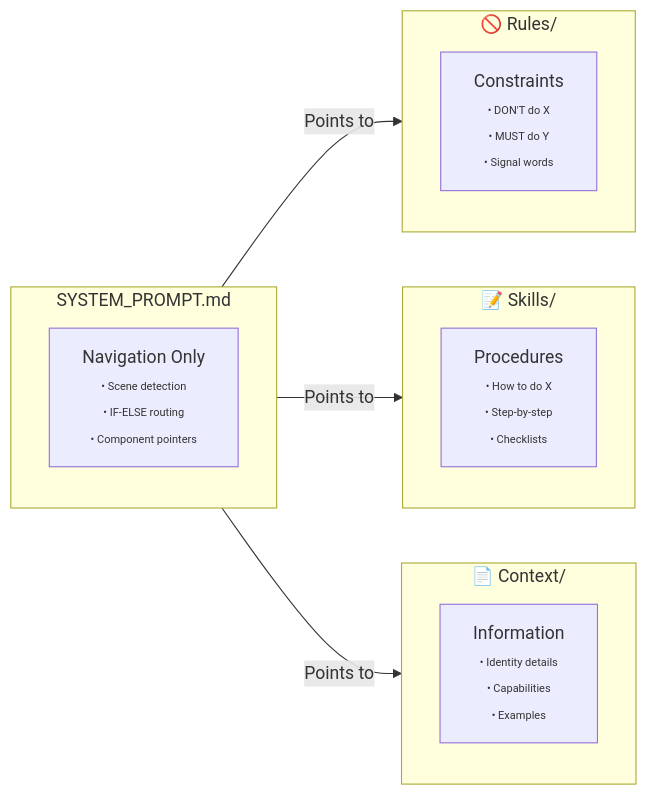
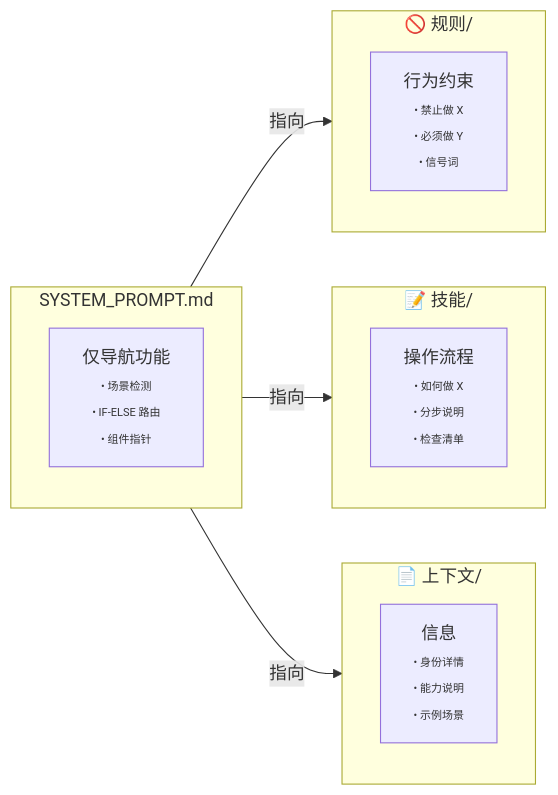
The third of 13 diagrams in prompts/README.md (unlimblue/ai-toolbox), drawn with Mermaid before and after one commit. The commit also changed other lines of this file, not shown here.

````diff
--- a/prompts/README.md
+++ b/prompts/README.md
@@ -94,34 +94,34 @@
 ```mermaid
 flowchart LR
     subgraph System["SYSTEM_PROMPT.md"]
-        S1["Navigation Only
-        <span style='font-size:10px'>• Scene detection</span>
-        <span style='font-size:10px'>• IF-ELSE routing</span>
-        <span style='font-size:10px'>• Component pointers</span>"]
+        S1["仅导航功能
+        <span style='font-size:10px'>• 场景检测</span>
+        <span style='font-size:10px'>• IF-ELSE 路由</span>
+        <span style='font-size:10px'>• 组件指针</span>"]
     end
 
-    subgraph Rules["🚫 Rules/"]
-        R1["Constraints
-        <span style='font-size:10px'>• DON'T do X</span>
-        <span style='font-size:10px'>• MUST do Y</span>
-        <span style='font-size:10px'>• Signal words</span>"]
+    subgraph Rules["🚫 规则/"]
+        R1["行为约束
+        <span style='font-size:10px'>• 禁止做 X</span>
+        <span style='font-size:10px'>• 必须做 Y</span>
+        <span style='font-size:10px'>• 信号词</span>"]
     end
 
-    subgraph Skills["📝 Skills/"]
-        SK1["Procedures
-        <span style='font-size:10px'>• How to do X</span>
-        <span style='font-size:10px'>• Step-by-step</span>
-        <span style='font-size:10px'>• Checklists</span>"]
+    subgraph Skills["📝 技能/"]
+        SK1["操作流程
+        <span style='font-size:10px'>• 如何做 X</span>
+        <span style='font-size:10px'>• 分步说明</span>
+        <span style='font-size:10px'>• 检查清单</span>"]
     end
 
-    subgraph Context["📄 Context/"]
-        C1["Information
-        <span style='font-size:10px'>• Identity details</span>
-        <span style='font-size:10px'>• Capabilities</span>
-        <span style='font-size:10px'>• Examples</span>"]
+    subgraph Context["📄 上下文/"]
+        C1["信息
+        <span style='font-size:10px'>• 身份详情</span>
+        <span style='font-size:10px'>• 能力说明</span>
+        <span style='font-size:10px'>• 示例场景</span>"]
     end
 
-    System -->|"Points to"| Rules
-    System -->|"Points to"| Skills
-    System -->|"Points to"| Context
+    System -->|"指向"| Rules
+    System -->|"指向"| Skills
+    System -->|"指向"| Context
 ```
````
